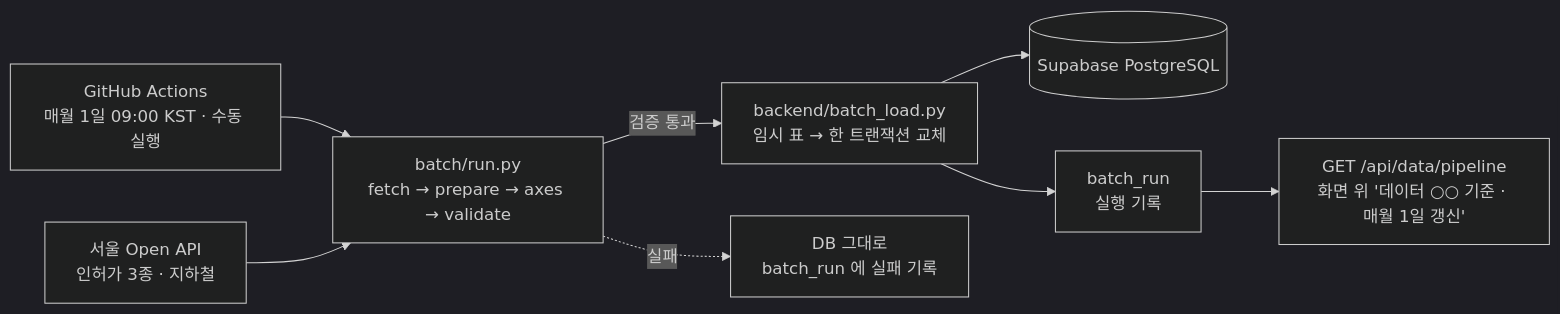
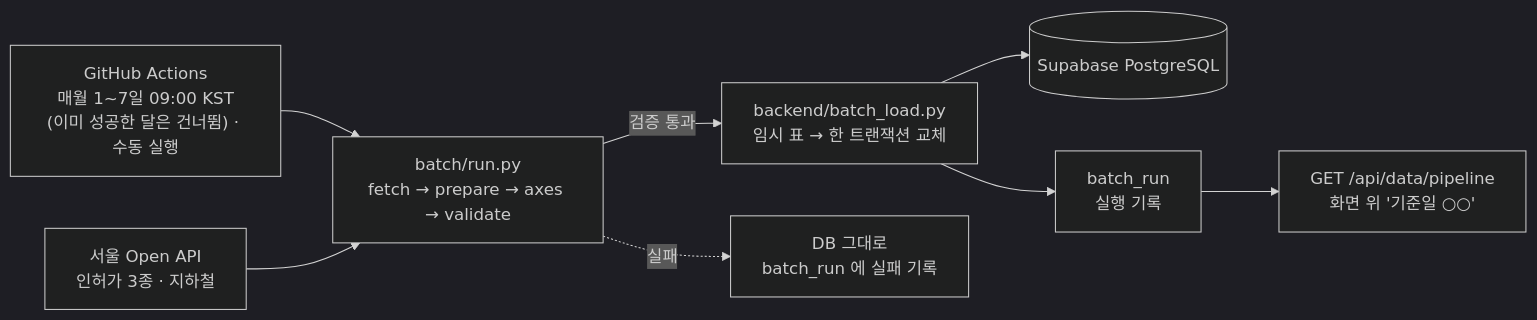
Before and after one commit to chloeyschung/where-to-open: the fourth of 4 diagrams in docs/architecture.md, drawn with Mermaid (dark theme). The commit also changed 14 other files, not shown here.

````diff
--- a/docs/architecture.md
+++ b/docs/architecture.md
@@ -112,10 +112,10 @@
 ```mermaid
 flowchart LR
-    CRON["GitHub Actions<br/>매월 1일 09:00 KST · 수동 실행"] --> RUN["batch/run.py<br/>fetch → prepare → axes → validate"]
+    CRON["GitHub Actions<br/>매월 1~7일 09:00 KST<br/>(이미 성공한 달은 건너뜀) · 수동 실행"] --> RUN["batch/run.py<br/>fetch → prepare → axes → validate"]
     API2["서울 Open API<br/>인허가 3종 · 지하철"] --> RUN
     RUN -->|검증 통과| LOAD["backend/batch_load.py<br/>임시 표 → 한 트랜잭션 교체"]
     RUN -.->|실패| KEEP["DB 그대로<br/>batch_run 에 실패 기록"]
     LOAD --> DB2[("Supabase PostgreSQL")]
     LOAD --> LOG["batch_run<br/>실행 기록"]
-    LOG --> SHOW["GET /api/data/pipeline<br/>화면 위 '데이터 ○○ 기준 · 매월 1일 갱신'"]
+    LOG --> SHOW["GET /api/data/pipeline<br/>화면 위 '기준일 ○○'"]
 ```
````
